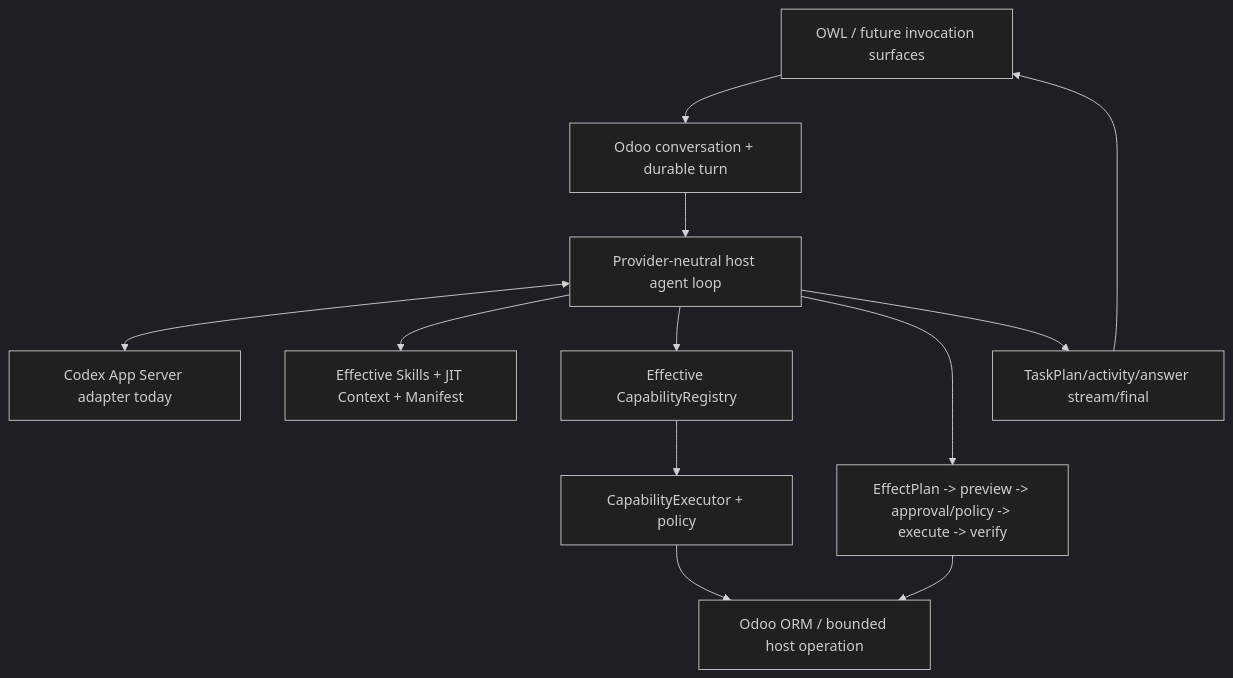
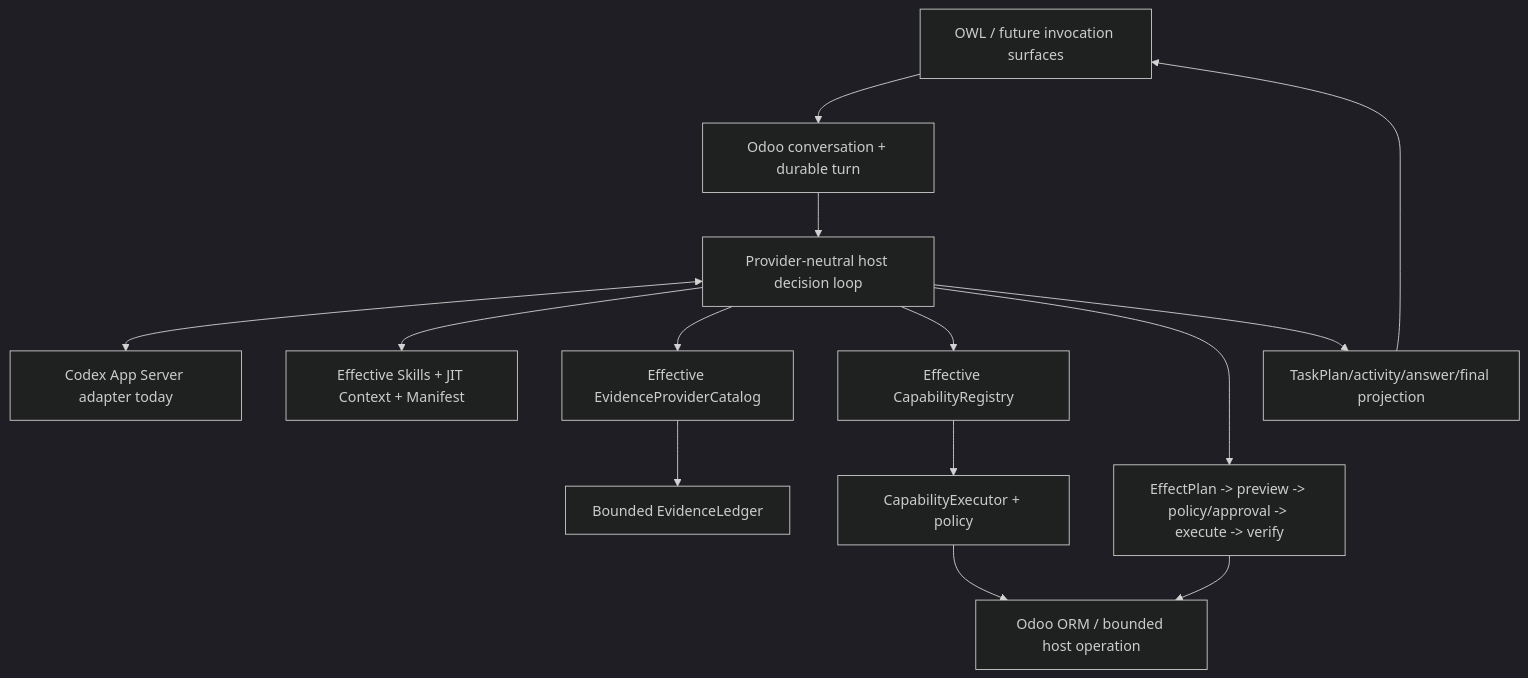
The diagram in docs/README.md (CPX-001/ai-odoo-assistant), drawn with Mermaid (dark theme) before and after one commit. The commit also changed other lines of this file, not shown here.

````diff
--- a/docs/README.md
+++ b/docs/README.md
@@ -56,14 +33,16 @@
 ```mermaid
 flowchart TB
     UI[OWL / future invocation surfaces] --> TURN[Odoo conversation + durable turn]
-    TURN --> HOST[Provider-neutral host agent loop]
+    TURN --> HOST[Provider-neutral host decision loop]
     HOST <--> MODEL[Codex App Server adapter today]
     HOST --> EXT[Effective Skills + JIT Context + Manifest]
+    HOST --> EVC[Effective EvidenceProviderCatalog]
+    EVC --> LEDGER[Bounded EvidenceLedger]
     HOST --> CAT[Effective CapabilityRegistry]
     CAT --> EXEC[CapabilityExecutor + policy]
     EXEC --> ORM[Odoo ORM / bounded host operation]
-    HOST --> EFFECT[EffectPlan -> preview -> approval/policy -> execute -> verify]
+    HOST --> EFFECT[EffectPlan -> preview -> policy/approval -> execute -> verify]
     EFFECT --> ORM
-    HOST --> LIVE[TaskPlan/activity/answer stream/final]
+    HOST --> LIVE[TaskPlan/activity/answer/final projection]
     LIVE --> UI
 ```
````
